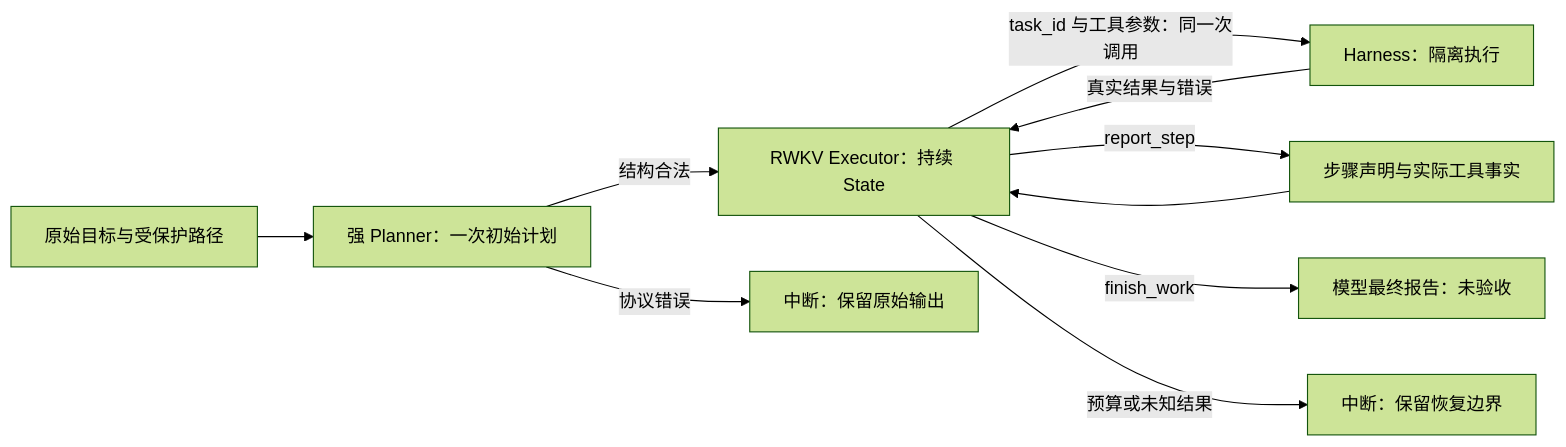
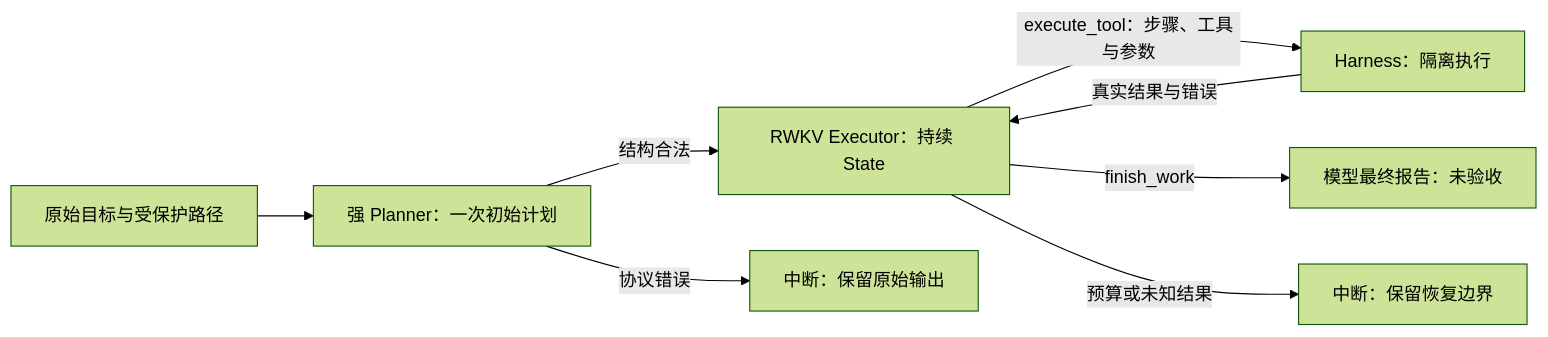
Before and after one commit to rwkv-rs/RWKV-LH: the diagram in docs/ARCHITECTURE.zh-CN.md, drawn with Mermaid (forest theme). The commit also changed other lines of this file and 26 other files, not shown here.

````diff
--- a/docs/ARCHITECTURE.zh-CN.md
+++ b/docs/ARCHITECTURE.zh-CN.md
@@ -9,12 +9,10 @@
 ```mermaid
 flowchart LR
     U[原始目标与受保护路径] --> P[强 Planner：一次初始计划]
     P -->|结构合法| E[RWKV Executor：持续 State]
     P -->|协议错误| I[中断：保留原始输出]
-    E -->|task_id 与工具参数：同一次调用| T[Harness：隔离执行]
+    E -->|execute_tool：步骤、工具与参数| T[Harness：隔离执行]
     T -->|真实结果与错误| E
-    E -->|report_step| R[步骤声明与实际工具事实]
-    R --> E
     E -->|finish_work| F[模型最终报告：未验收]
     E -->|预算或未知结果| B[中断：保留恢复边界]
 ```
````
